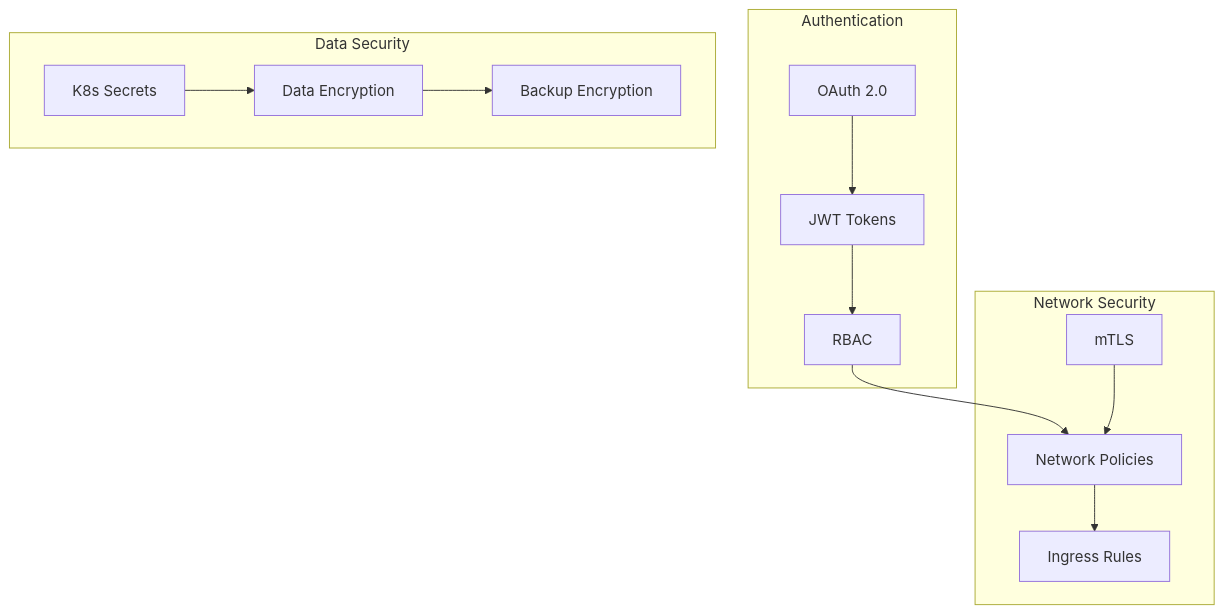
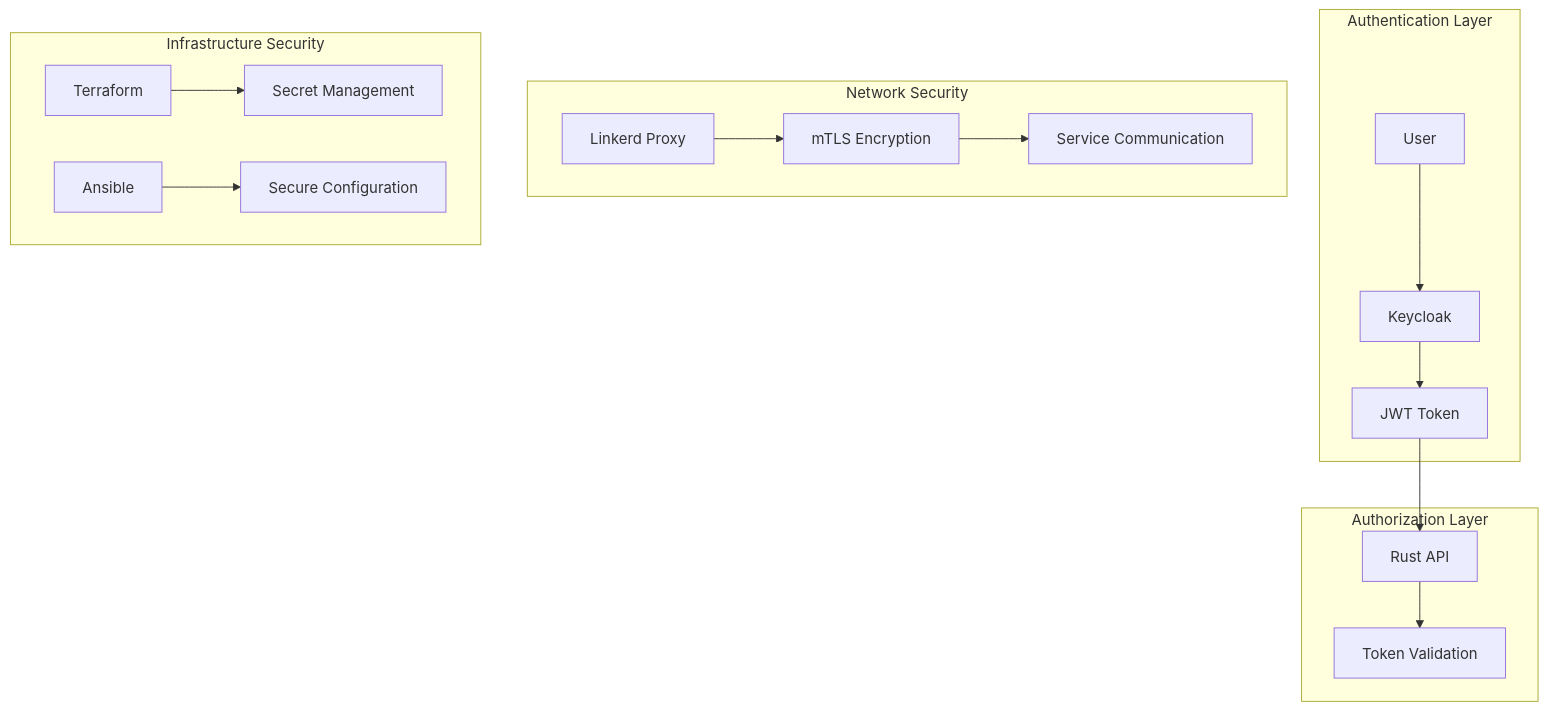
Before and after one commit to Celine-Coralie-Eni/k3s-lab: the fifth of 6 diagrams in docs/architecture.md, drawn with Mermaid. The commit also changed other lines of this file and 6 other files, not shown here.

````diff
--- a/docs/architecture.md
+++ b/docs/architecture.md
@@ -211,28 +119,22 @@
 ```mermaid
 graph TB
-    subgraph "Authentication"
-        JWT[JWT Tokens]
-        OAUTH[OAuth 2.0]
-        RBAC[RBAC]
+    subgraph "Authentication Layer"
+        USER[User] --> KEYCLOAK[Keycloak]
+        KEYCLOAK --> JWT[JWT Token]
+    end
+    
+    subgraph "Authorization Layer"
+        JWT --> API[Rust API]
+        API --> VALIDATE[Token Validation]
     end
     
     subgraph "Network Security"
-        MTLS[mTLS]
-        NP[Network Policies]
-        INGRESS[Ingress Rules]
+        PROXY[Linkerd Proxy] --> MTLS[mTLS Encryption]
+        MTLS --> SERVICE[Service Communication]
     end
     
-    subgraph "Data Security"
-        SECRETS[K8s Secrets]
-        ENCRYPTION[Data Encryption]
-        BACKUP[Backup Encryption]
+    subgraph "Infrastructure Security"
+        TERRAFORM[Terraform] --> SECRETS[Secret Management]
+        ANSIBLE[Ansible] --> CONFIG[Secure Configuration]
     end
-    
-    JWT --> RBAC
-    OAUTH --> JWT
-    RBAC --> NP
-    MTLS --> NP
-    NP --> INGRESS
-    SECRETS --> ENCRYPTION
-    ENCRYPTION --> BACKUP
 ```
````
